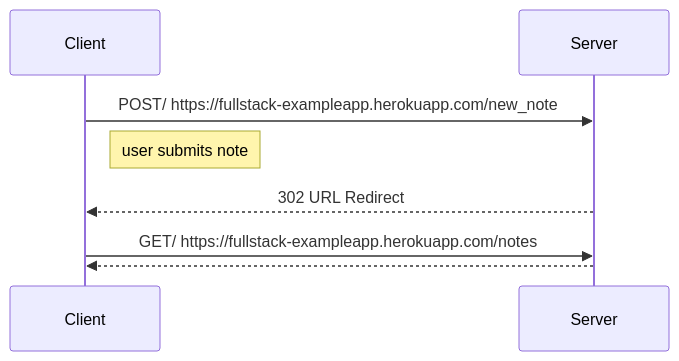
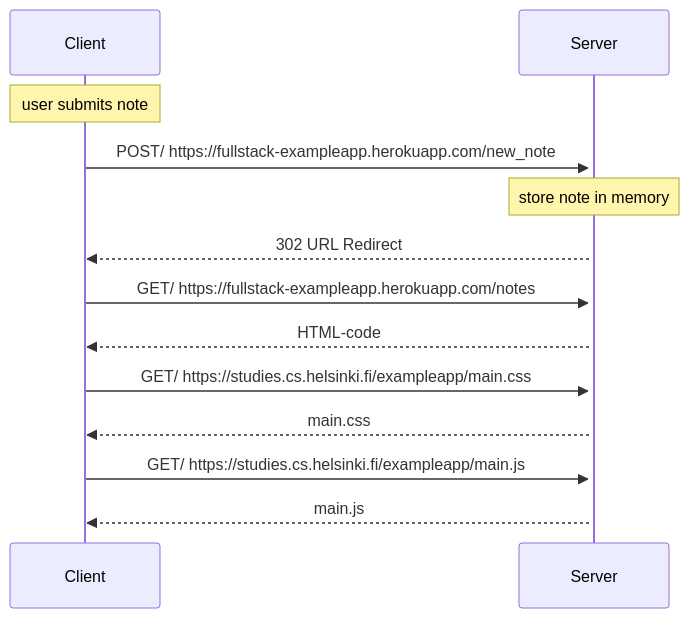
Before and after one commit to playforest/fullstack: the diagram in part0/04-new-note.md, drawn with Mermaid.

Commit message:
sequence diagram

````diff
--- a/part0/04-new-note.md
+++ b/part0/04-new-note.md
@@ -3,10 +3,16 @@
 ```mermaid
+
 sequenceDiagram
+    Note over Client: user submits note
+    Client->>+Server: POST/ https://fullstack-exampleapp.herokuapp.com/new_note
+    Note over Server: store note in memory
 
-Client->>Server: POST/ https://fullstack-exampleapp.herokuapp.com/new_note
-Note right of Client: user submits note
-Server-->>Client: 302 URL Redirect
-Client->>Server: GET/ https://fullstack-exampleapp.herokuapp.com/notes
-Server-->>Client:
-
+    Server-->>Client: 302 URL Redirect
+    Client->>Server: GET/ https://fullstack-exampleapp.herokuapp.com/notes
+    Server-->>Client: HTML-code
+    Client->>Server: GET/ https://studies.cs.helsinki.fi/exampleapp/main.css
+    Server-->>Client: main.css
+    Client->>Server: GET/ https://studies.cs.helsinki.fi/exampleapp/main.js
+    Server-->>Client: main.js
+        
 ```
````
